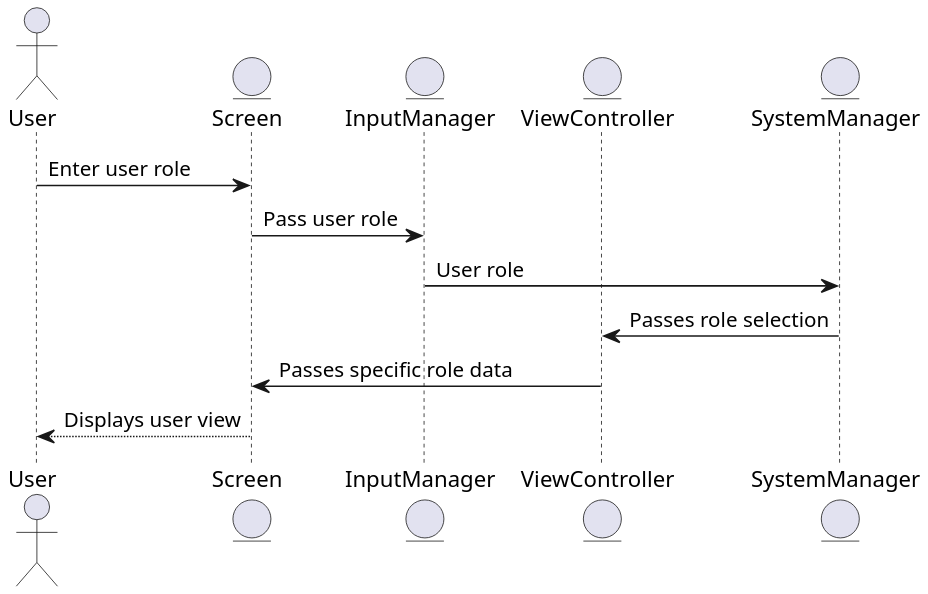
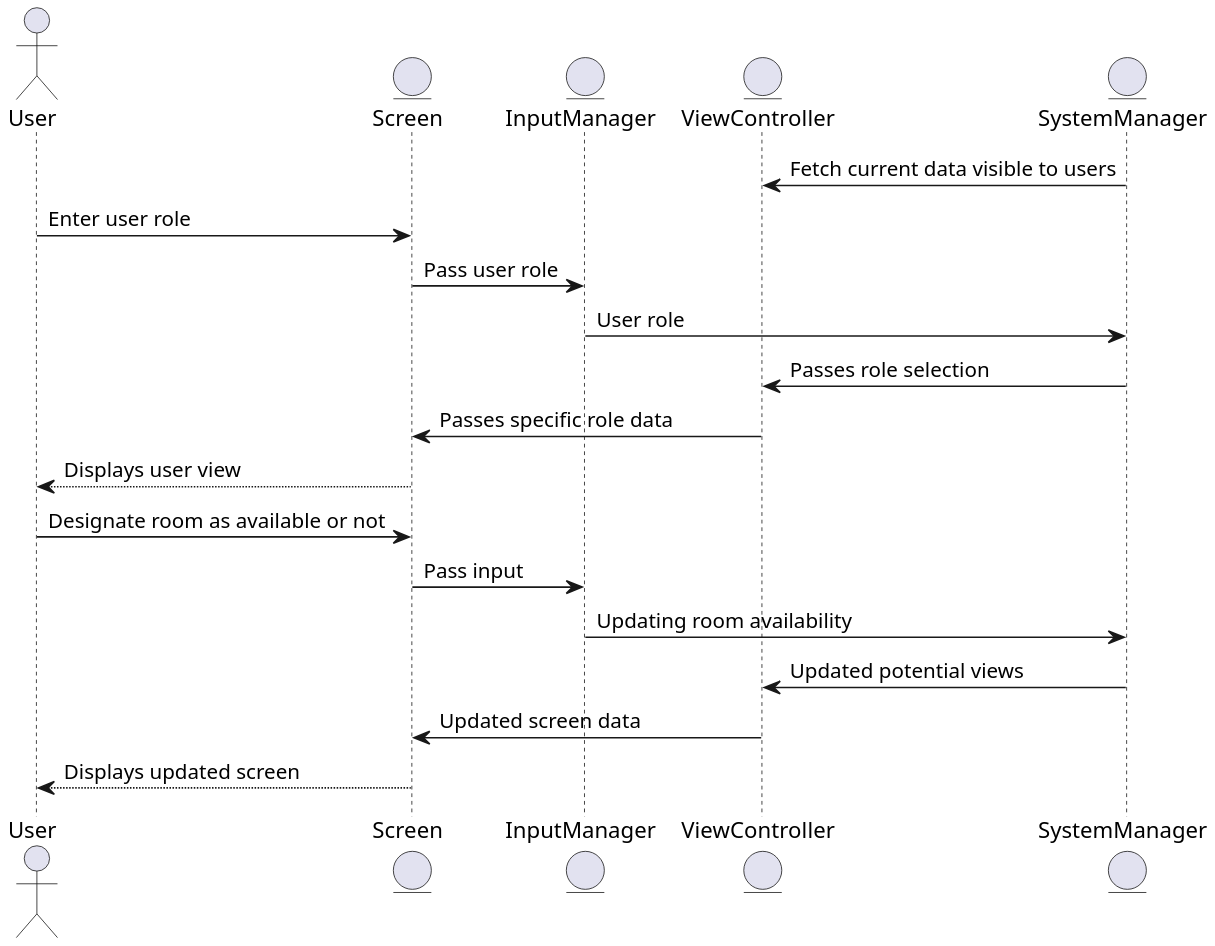
One commit to ur-swe-fa24/main-project-scrum-heads changed the diagram in docs/design/Sequence Diagrams/UI Sequence Diagrams/assign_room_status.puml. Above: the diagram before and after it, drawn with PlantUML. The commit also changed 6 other files, not shown here.

```diff
--- a/docs/design/Sequence Diagrams/UI Sequence Diagrams/assign_room_status.puml
+++ b/docs/design/Sequence Diagrams/UI Sequence Diagrams/assign_room_status.puml
@@ -1,20 +1,31 @@
 @startuml AssignRoomStatusSD
 skinparam dpi 200
 skinparam DefaultFontName Inconsolata
 
 ' Defines all participants (actors and entities)
 actor User
 entity Screen
 entity InputManager
 entity ViewController
 entity SystemManager
 
 ' Sequence flow of user selecting role and getting specific display
+SystemManager -> ViewController : Fetch current data visible to users
 User -> Screen : Enter user role
 Screen -> InputManager : Pass user role
 InputManager -> SystemManager : User role
 SystemManager -> ViewController : Passes role selection
 ViewController -> Screen : Passes specific role data
 Screen --> User : Displays user view
 
+' Sequence flow for assigning room status
+' Note: not all users would be able to accomplish this
+' because the screen simply wouldn't display the option
+User -> Screen : Designate room as available or not
+Screen -> InputManager : Pass input
+InputManager -> SystemManager : Updating room availability
+SystemManager -> ViewController : Updated potential views
+ViewController -> Screen : Updated screen data
+Screen --> User : Displays updated screen
+
 @enduml
```
